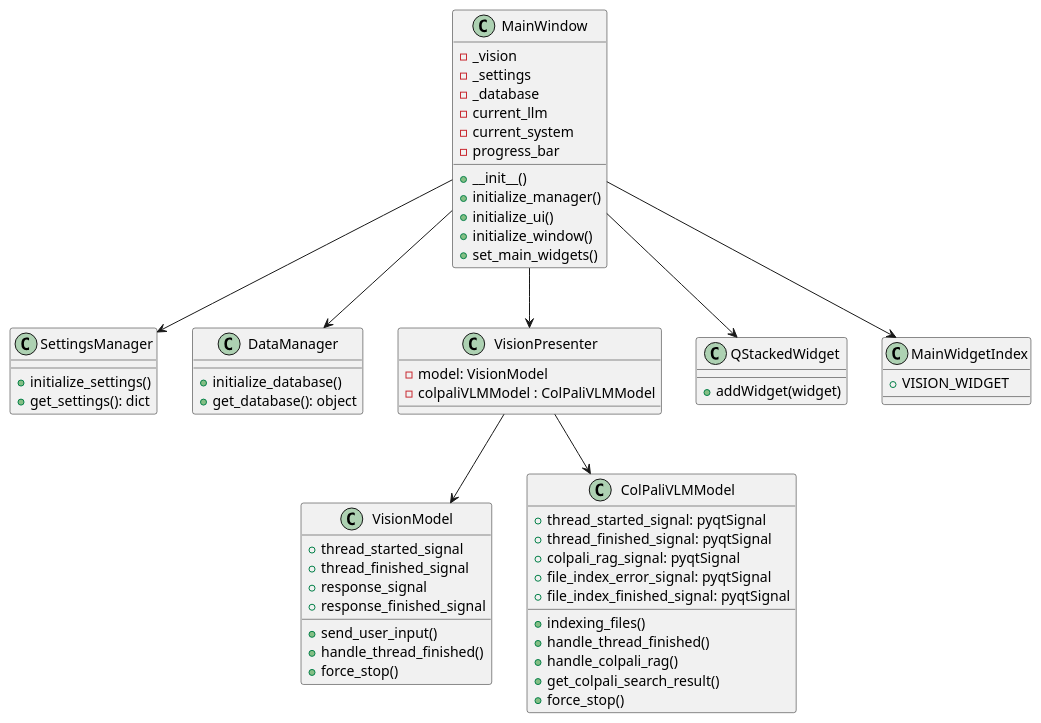
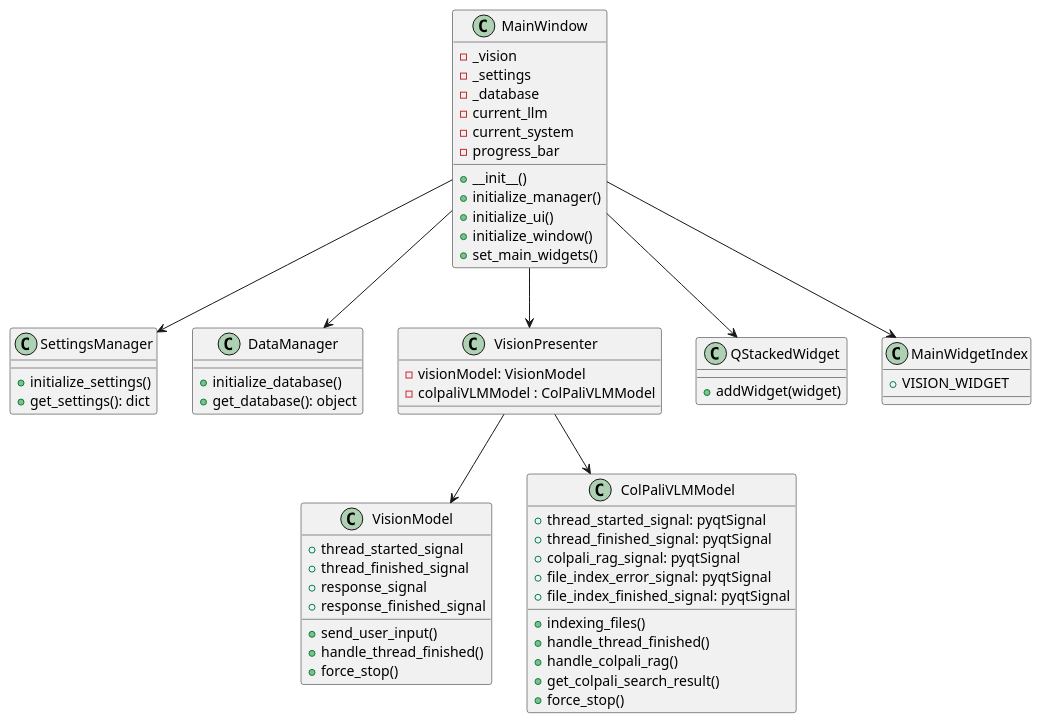
Before and after one commit to hyun-yang/MyColPali: the diagram in uml/main_class.puml, drawn with PlantUML. The commit also changed 2 other files, not shown here.

```diff
--- a/uml/main_class.puml
+++ b/uml/main_class.puml
@@ -1,68 +1,68 @@
 @startuml
 class MainWindow {
     - _vision
     - _settings
     - _database
     - current_llm
     - current_system
     - progress_bar
     + __init__()
     + initialize_manager()
     + initialize_ui()
     + initialize_window()
     + set_main_widgets()
 }
 
 class SettingsManager {
     + initialize_settings()
     + get_settings(): dict
 }
 
 class DataManager {
     + initialize_database()
     + get_database(): object
 }
 
 class VisionPresenter {
-    - model: VisionModel
+    - visionModel: VisionModel
     - colpaliVLMModel : ColPaliVLMModel
 }
 
 class QStackedWidget {
     + addWidget(widget)
 }
 class MainWidgetIndex {
     + VISION_WIDGET
 }
 
 class VisionModel {
     + thread_started_signal
     + thread_finished_signal
     + response_signal
     + response_finished_signal
     + send_user_input()
     + handle_thread_finished()
     + force_stop()
 }
 
 class ColPaliVLMModel {
     + thread_started_signal: pyqtSignal
     + thread_finished_signal: pyqtSignal
     + colpali_rag_signal: pyqtSignal
     + file_index_error_signal: pyqtSignal
     + file_index_finished_signal: pyqtSignal
     + indexing_files()
     + handle_thread_finished()
     + handle_colpali_rag()
     + get_colpali_search_result()
     + force_stop()
 }
 
 MainWindow --> VisionPresenter
 MainWindow --> SettingsManager
 MainWindow --> DataManager
 MainWindow --> QStackedWidget
 MainWindow --> MainWidgetIndex
 VisionPresenter --> VisionModel
 VisionPresenter --> ColPaliVLMModel
 @enduml
```
